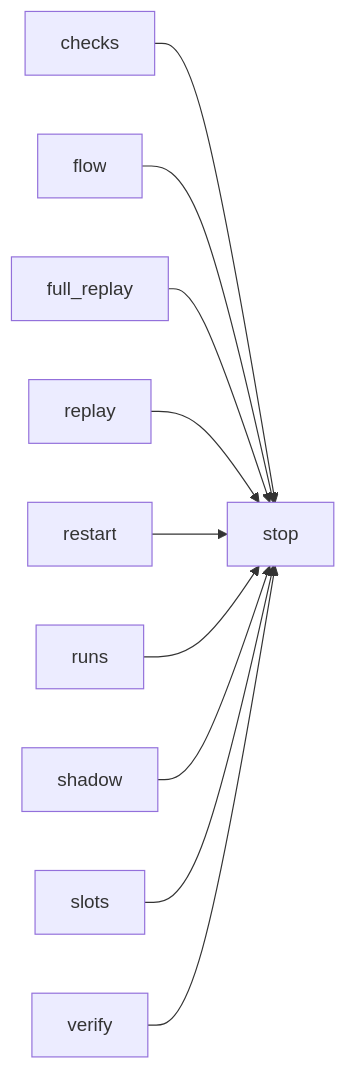
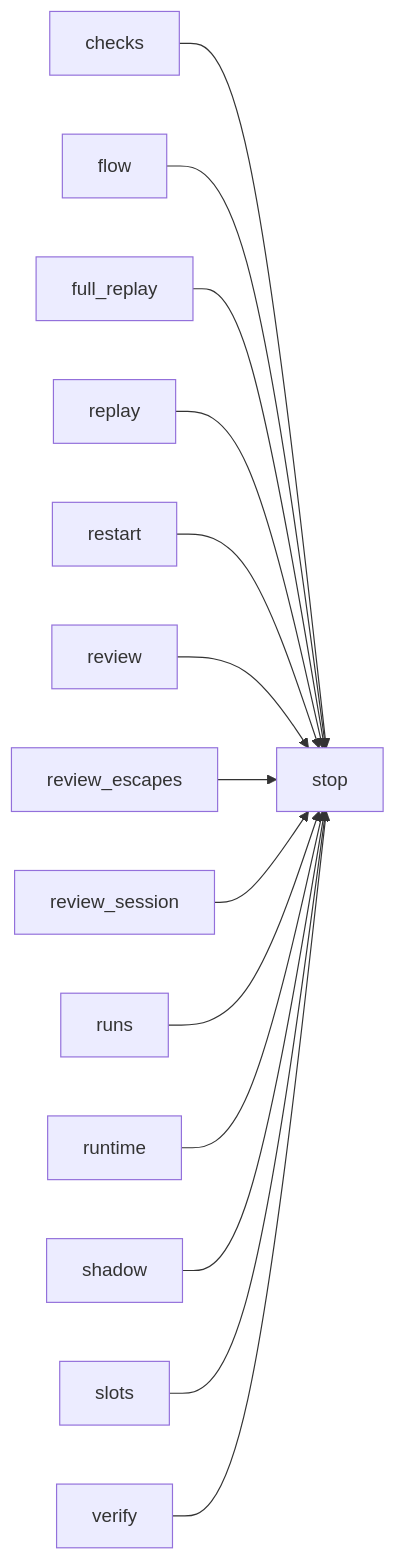
Before and after one commit to plaplanche/ariane: the second of 2 diagrams in docs/architecture/modules/stop.md, drawn with Mermaid. The commit also changed other lines of this file and 34 other files, not shown here.

Commit message:
#196: ariane report: review escapes per model pair and stop categories (C10, C19)

````diff
--- a/docs/architecture/modules/stop.md
+++ b/docs/architecture/modules/stop.md
@@ -39,12 +52,16 @@
 ```mermaid
 flowchart LR
   checks --> stop
   flow --> stop
   full_replay --> stop
   replay --> stop
   restart --> stop
+  review --> stop
+  review_escapes --> stop
+  review_session --> stop
   runs --> stop
+  runtime --> stop
   shadow --> stop
   slots --> stop
   verify --> stop
 ```
````
